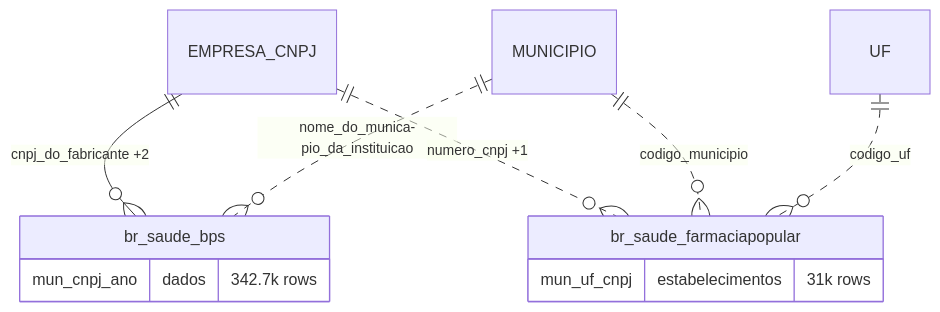
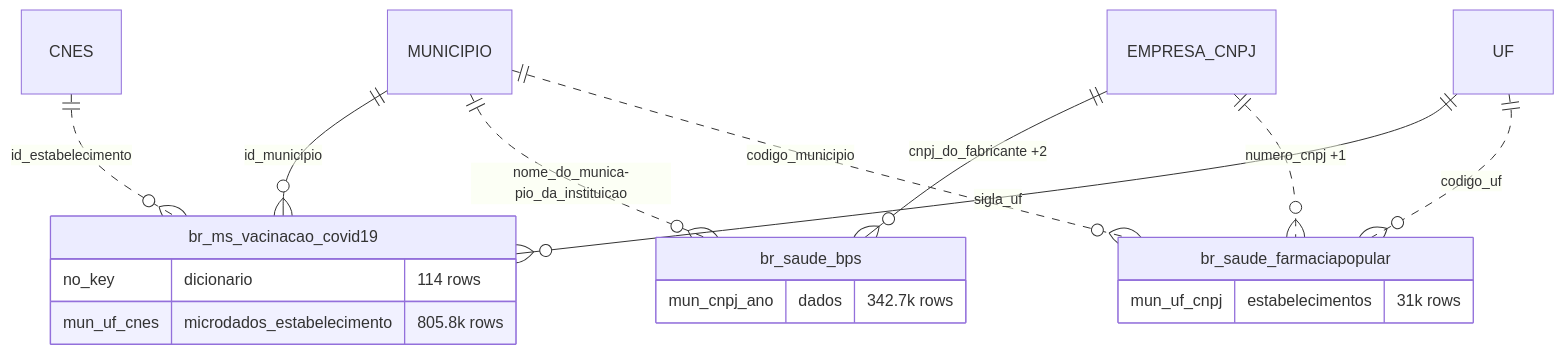
Before and after one commit to rafapolo/rodado: the fifth of 26 diagrams in docs/mapa/ERD_EN.md, drawn with Mermaid. The commit also changed other lines of this file and 5 other files, not shown here.

````diff
--- a/docs/mapa/ERD_EN.md
+++ b/docs/mapa/ERD_EN.md
@@ -407,14 +405,21 @@
 ```mermaid
 erDiagram
+    CNES ||..o{ br_ms_vacinacao_covid19 : "id_estabelecimento"
+    MUNICIPIO ||--o{ br_ms_vacinacao_covid19 : "id_municipio"
+    UF ||--o{ br_ms_vacinacao_covid19 : "sigla_uf"
     EMPRESA_CNPJ ||--o{ br_saude_bps : "cnpj_do_fabricante +2"
     MUNICIPIO ||..o{ br_saude_bps : "nome_do_munica­pio_da_instituicao"
     EMPRESA_CNPJ ||..o{ br_saude_farmaciapopular : "numero_cnpj +1"
     MUNICIPIO ||..o{ br_saude_farmaciapopular : "codigo_municipio"
     UF ||..o{ br_saude_farmaciapopular : "codigo_uf"
+    br_ms_vacinacao_covid19 {
+        no_key dicionario "114 rows"
+        mun_uf_cnes microdados_estabelecimento "805.8k rows"
+    }
     br_saude_bps {
         mun_cnpj_ano dados "342.7k rows"
     }
     br_saude_farmaciapopular {
         mun_uf_cnpj estabelecimentos "31k rows"
     }
 ```
````
